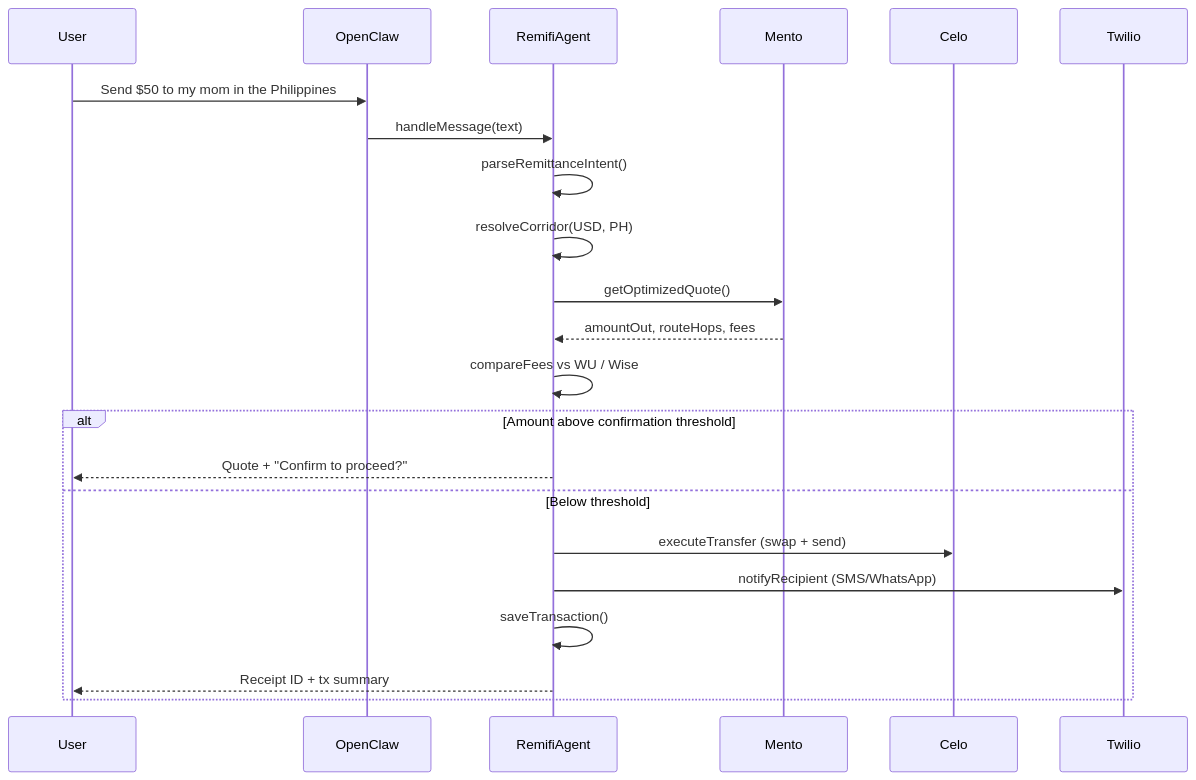
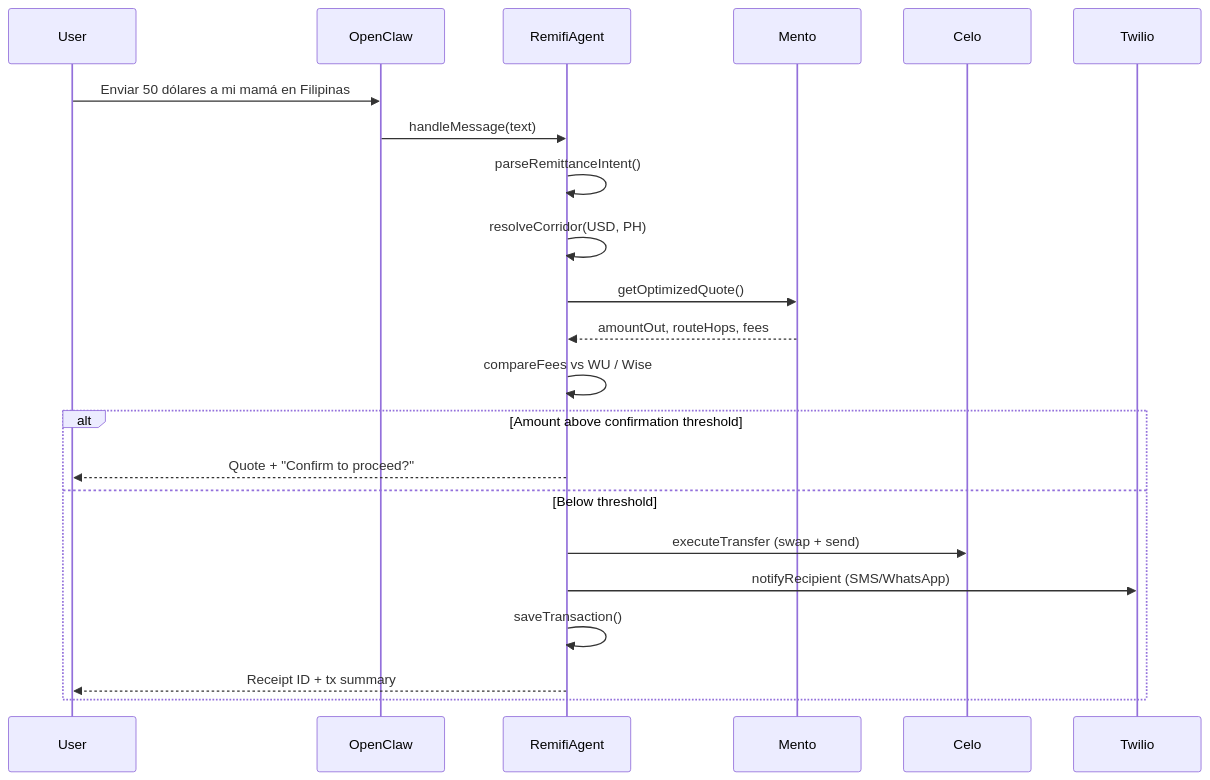
The second of 4 diagrams in howitworks.md (chemist-god/RemitClaw), drawn with Mermaid before and after one commit. The commit also changed other lines of this file and 116 other files, not shown here.

````diff
--- a/howitworks.md
+++ b/howitworks.md
@@ -190,25 +192,25 @@
 ```mermaid
 sequenceDiagram
   participant User
   participant OpenClaw
   participant Remifi as RemifiAgent
   participant Mento
   participant Celo
   participant Twilio
 
-  User->>OpenClaw: Send $50 to my mom in the Philippines
+  User->>OpenClaw: Enviar 50 dólares a mi mamá en Filipinas
   OpenClaw->>Remifi: handleMessage(text)
   Remifi->>Remifi: parseRemittanceIntent()
   Remifi->>Remifi: resolveCorridor(USD, PH)
   Remifi->>Mento: getOptimizedQuote()
   Mento-->>Remifi: amountOut, routeHops, fees
   Remifi->>Remifi: compareFees vs WU / Wise
   alt Amount above confirmation threshold
     Remifi-->>User: Quote + "Confirm to proceed?"
   else Below threshold
     Remifi->>Celo: executeTransfer (swap + send)
     Remifi->>Twilio: notifyRecipient (SMS/WhatsApp)
     Remifi->>Remifi: saveTransaction()
     Remifi-->>User: Receipt ID + tx summary
   end
 ```
````
